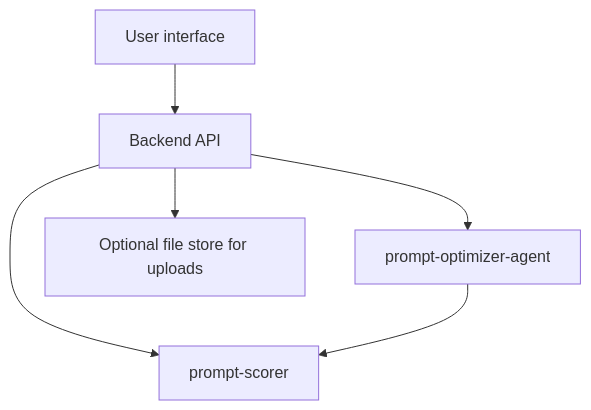
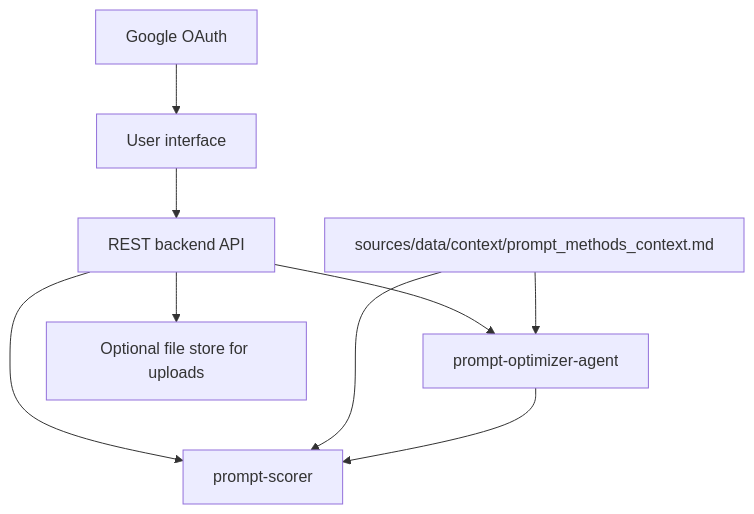
The diagram in docs/ai/design/feature-user-interface.md (trummelbummel/promptymize), drawn with Mermaid before and after one commit. The commit also changed other lines of this file and 72 other files, not shown here.

````diff
--- a/docs/ai/design/feature-user-interface.md
+++ b/docs/ai/design/feature-user-interface.md
@@ -13,8 +13,12 @@
 ```mermaid
 graph TD
-  UI[User interface] --> API[Backend API]
+  UI[User interface] --> API[REST backend API]
+  Google[Google OAuth] --> UI
   API --> Agent[prompt-optimizer-agent]
   API --> Scorer[prompt-scorer]
+  Ctx[sources/data/context/prompt_methods_context.md]
+  Ctx --> Agent
+  Ctx --> Scorer
   API --> Store[Optional file store for uploads]
   Agent --> Scorer
 ```
````
